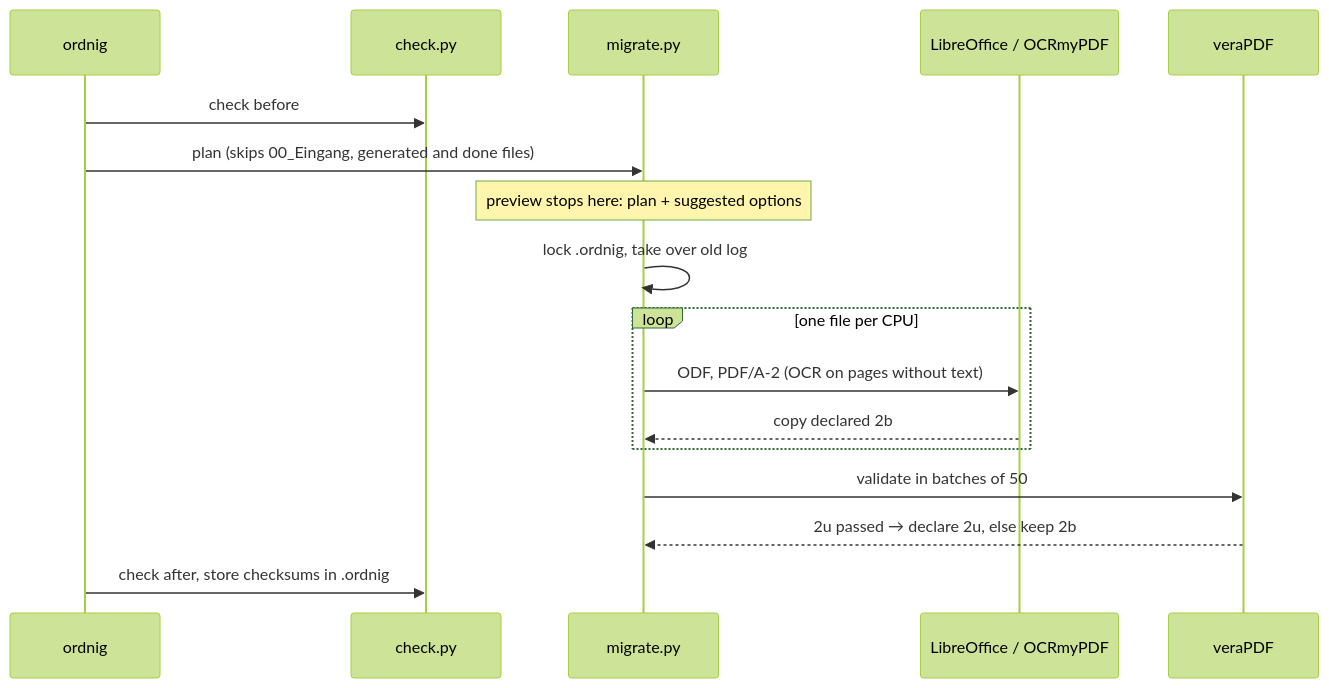
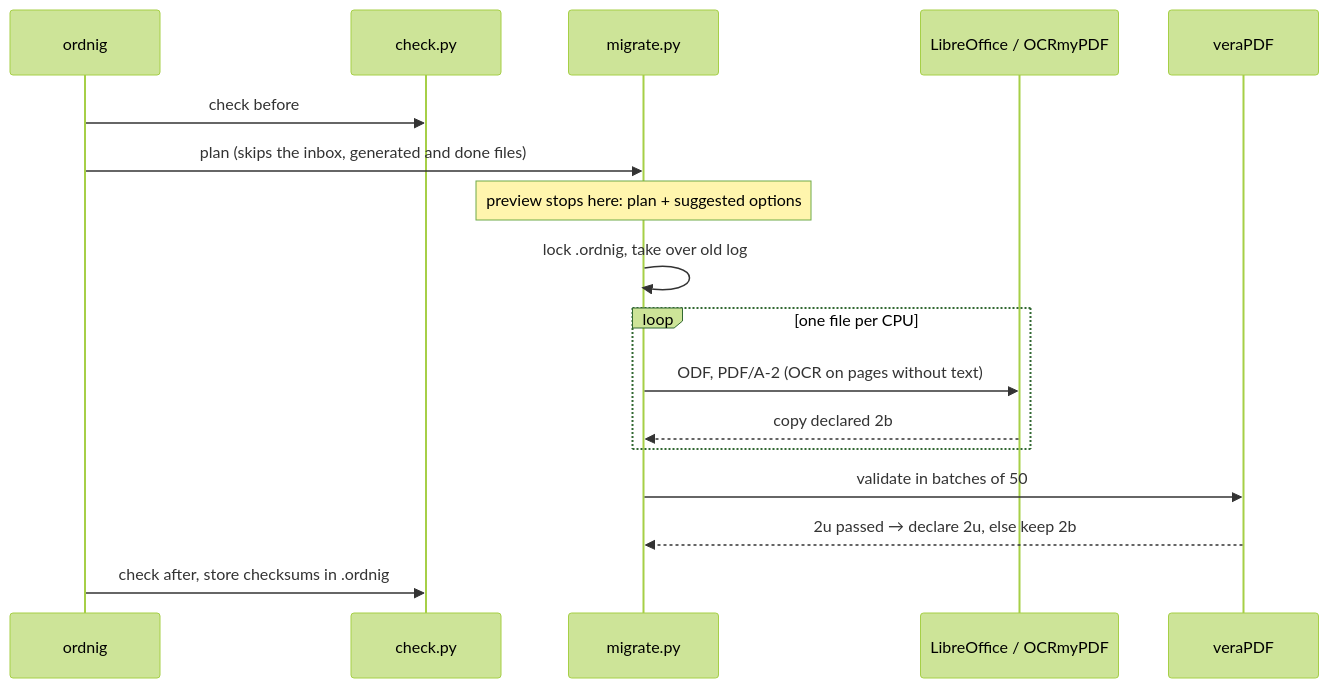
One commit to Tiliavir/ordnig changed the first of 3 diagrams in docs/arc42/06-runtime-view.md. Above: the diagram before and after it, drawn with Mermaid (forest theme). The commit also changed other lines of this file and 21 other files, not shown here.

````diff
--- a/docs/arc42/06-runtime-view.md
+++ b/docs/arc42/06-runtime-view.md
@@ -5,19 +5,19 @@
 ```mermaid
 sequenceDiagram
     participant E as ordnig
     participant C as check.py
     participant M as migrate.py
     participant T as LibreOffice / OCRmyPDF
     participant V as veraPDF
     E->>C: check before
-    E->>M: plan (skips 00_Eingang, generated and done files)
+    E->>M: plan (skips the inbox, generated and done files)
     Note over M: preview stops here: plan + suggested options
     M->>M: lock .ordnig, take over old log
     loop one file per CPU
         M->>T: ODF, PDF/A-2 (OCR on pages without text)
         T-->>M: copy declared 2b
     end
     M->>V: validate in batches of 50
     V-->>M: 2u passed → declare 2u, else keep 2b
     E->>C: check after, store checksums in .ordnig
 ```
````
